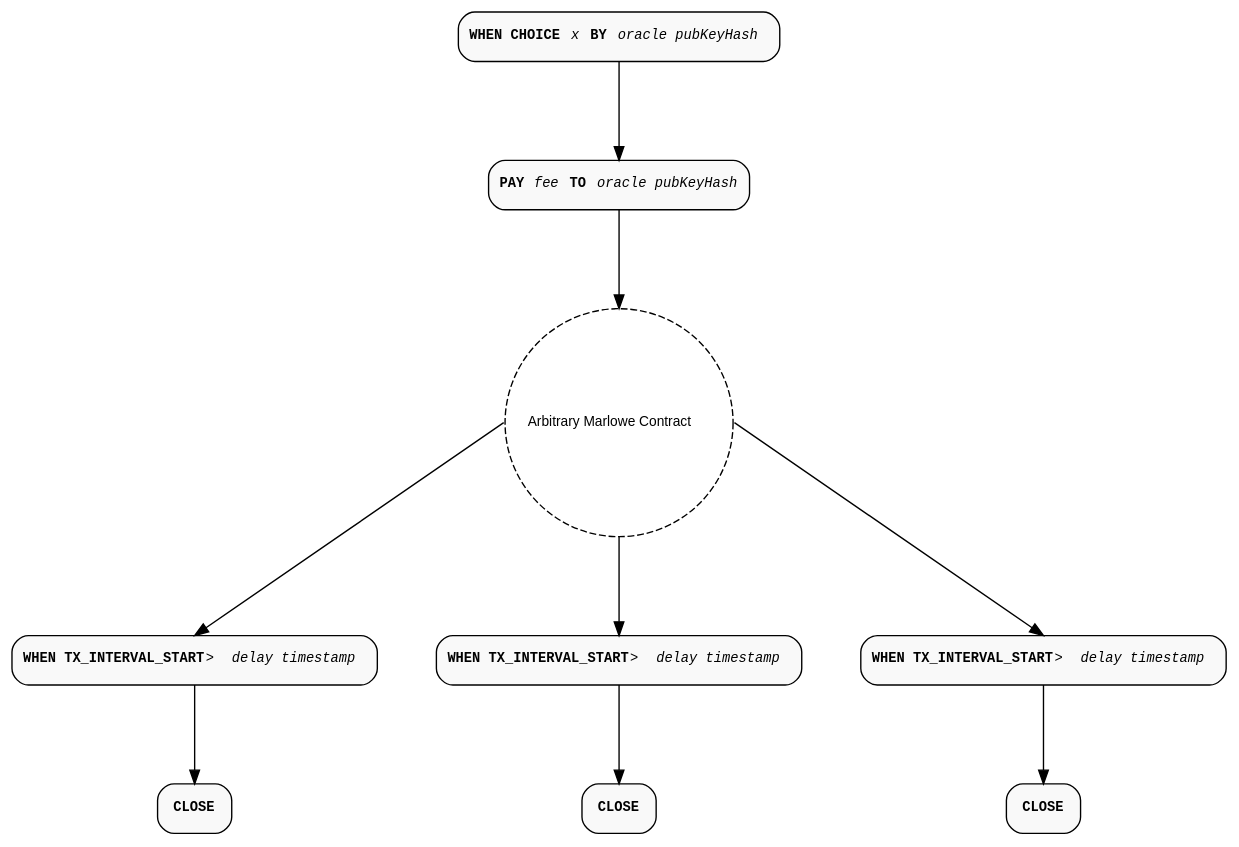
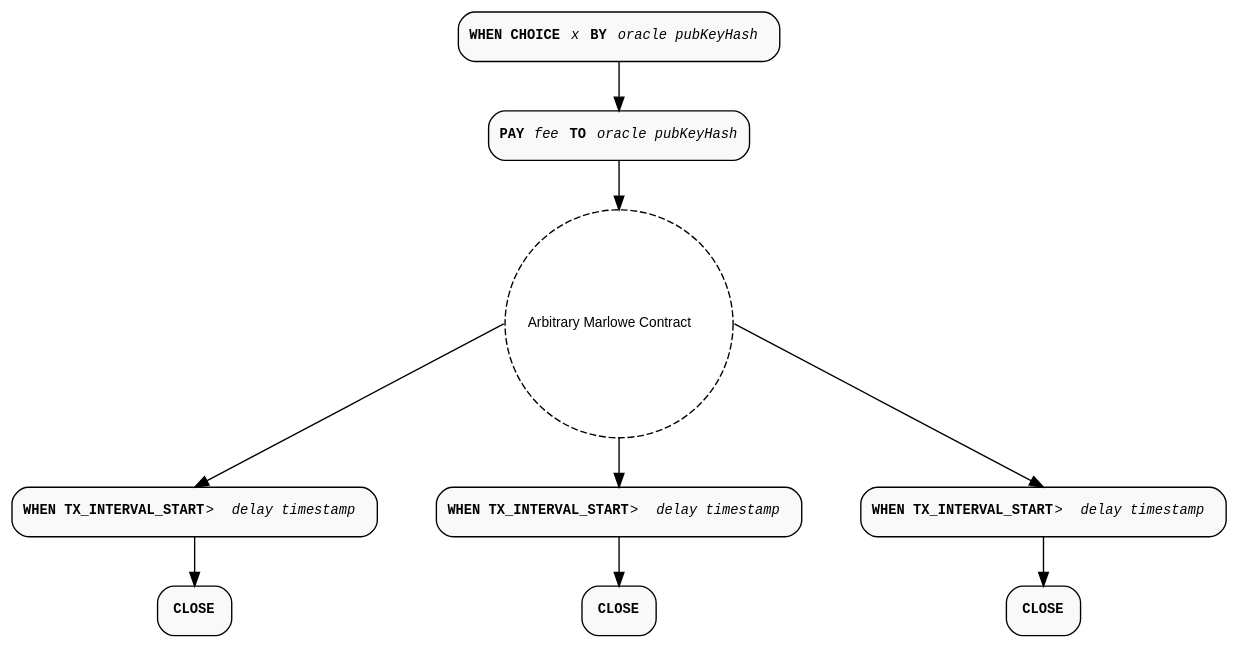
One commit to marlowe-lang/marlowe-oracle-protocol changed the diagram in diagrams/marlowe-request-thread-delay.dot. Above: the diagram before and after it, drawn with Graphviz. The commit also changed 20 other files, not shown here.

Commit message:
Merge the markdown files. Make diagrams more compact.

```diff
--- a/diagrams/marlowe-request-thread-delay.dot
+++ b/diagrams/marlowe-request-thread-delay.dot
@@ -1,41 +1,41 @@
 digraph MarloweRequestDelay {
   rankdir=TD;
-  graph [pad="0.02", nodesep="0.6", ranksep="1", splines="line"];
+  graph [pad="0.02", nodesep="0.6", ranksep="0.5", splines="line"];
   node [shape=rect, style="filled, rounded", fillcolor="#f9f9f9", fontname="Courier New", fontsize="10"];
   edge [tailport="s", headport="n", color="#aaa", fontname="Courier New", fontsize="10"];
 
   OracleChoiceStep [label=<<b>WHEN CHOICE</b> <i>x</i> <b>BY</b> <i>oracle pubKeyHash</i> > color="#aaa" ];
 
   PayStep [label=<<b>PAY </b><i>fee</i> <b>TO</b> <i>oracle pubKeyHash</i>> color="#aaa" ];
 
   OracleChoiceStep -> PayStep;
 
   ContinuationThread [shape=circle, labelloc="c", labeljust="c", style="dashed,rounded", color="#aaa" fillcolor="white", fontname="Helvetica", margin="0.05", padding="10", label=<Arbitrary Marlowe Contract>];
 
   PayStep -> ContinuationThread;
 
   DelayStep1 [label=<<b>WHEN TX_INTERVAL_START</b> &gt; <i>delay timestamp</i> > color="#aaa" ];
 
   ContinuationThread -> DelayStep1 [tailport="e"];
 
   DelayStep2 [label=<<b>WHEN TX_INTERVAL_START</b> &gt; <i>delay timestamp</i> > color="#aaa" ];
 
   ContinuationThread -> DelayStep2;
 
   DelayStep3 [label=<<b>WHEN TX_INTERVAL_START</b> &gt; <i>delay timestamp</i> > color="#aaa" ];
 
   ContinuationThread -> DelayStep3 [tailport="w"];
 
   CloseStep1 [label=<<b>CLOSE</b>> color="#aaa" ];
 
   DelayStep1 -> CloseStep1;
 
   CloseStep2 [label=<<b>CLOSE</b>> color="#aaa" ];
 
   DelayStep2 -> CloseStep2;
 
   CloseStep3 [label=<<b>CLOSE</b>> color="#aaa" ];
 
   DelayStep3 -> CloseStep3;
 
 }
```
